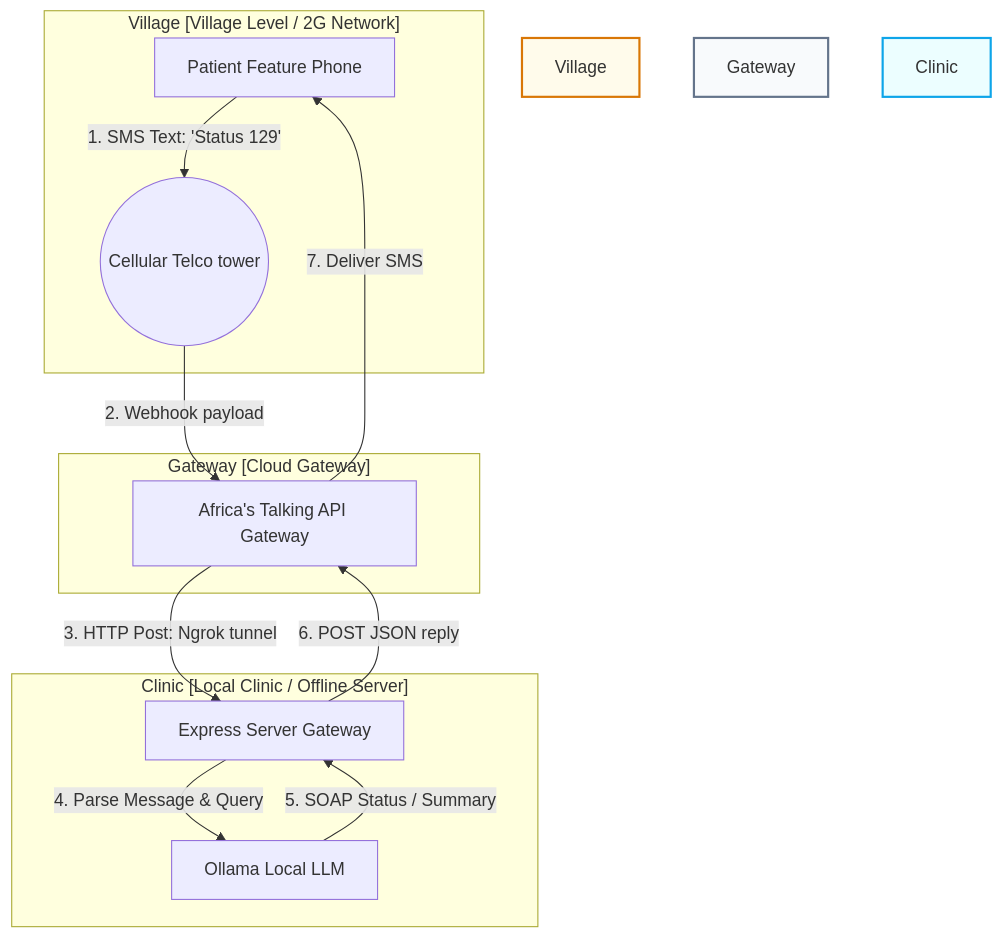
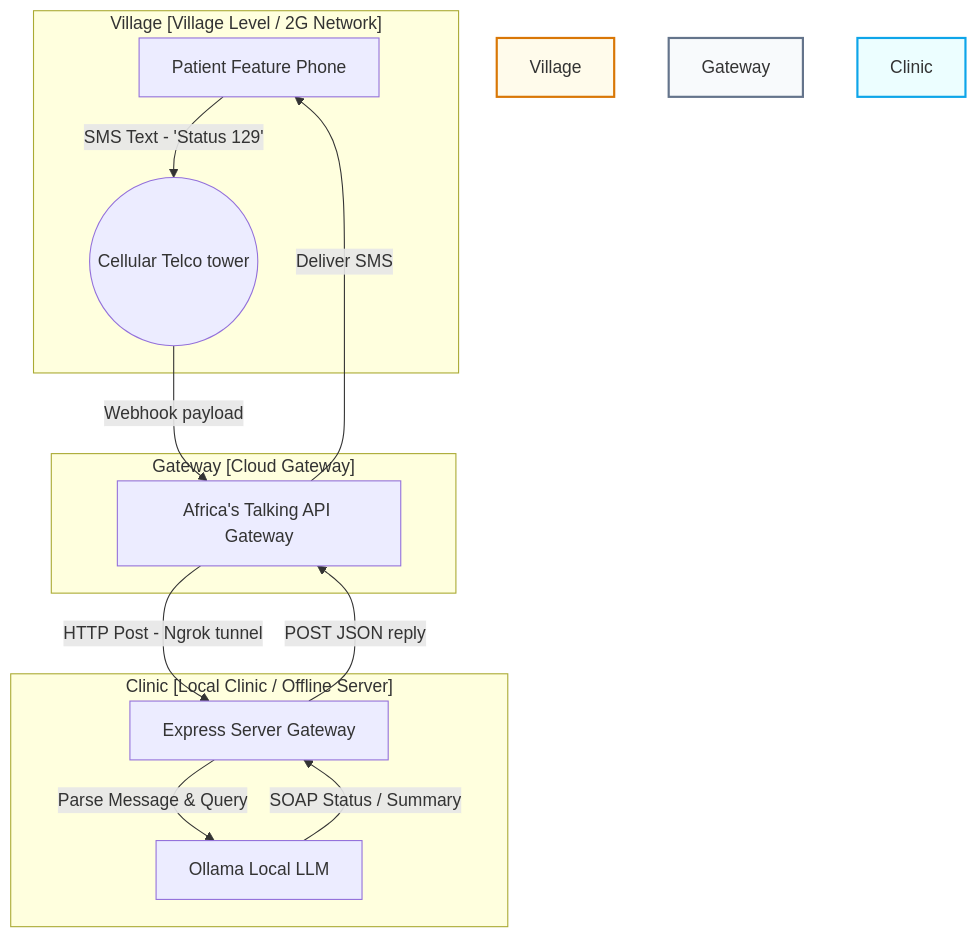
Before and after one commit to akmalkhaniub/akmalkhaniub.github.io: the diagram in blog/posts/2g-sms-fallback-bridge-africa-talking.md, drawn with Mermaid. The commit also changed 411 other files, not shown here.

````diff
--- a/blog/posts/2g-sms-fallback-bridge-africa-talking.md
+++ b/blog/posts/2g-sms-fallback-bridge-africa-talking.md
@@ -18,22 +18,22 @@
 ```mermaid
-graph TD
+flowchart TD
     subgraph SG1_VillageVillageLevel ["Village [Village Level / 2G Network]"]
-        Patient[Patient Feature Phone] -->|1. SMS Text: 'Status 129'| Telco((Cellular Telco tower))
+        Patient[Patient Feature Phone] -->|SMS Text - 'Status 129'| Telco((Cellular Telco tower))
     end
     
     subgraph SG2_GatewayCloudGateway ["Gateway [Cloud Gateway]"]
-        Telco -->|2. Webhook payload| AT[Africa's Talking API Gateway]
+        Telco -->|Webhook payload| AT[Africa's Talking API Gateway]
     end
     
     subgraph SG3_ClinicLocalClinic ["Clinic [Local Clinic / Offline Server]"]
-        AT -->|3. HTTP Post: Ngrok tunnel| Express[Express Server Gateway]
-        Express -->|4. Parse Message & Query| LLM[Ollama Local LLM]
-        LLM -->|5. SOAP Status / Summary| Express
-        Express -->|6. POST JSON reply| AT
-        AT -->|7. Deliver SMS| Patient
+        AT -->|HTTP Post - Ngrok tunnel| Express[Express Server Gateway]
+        Express -->|Parse Message & Query| LLM[Ollama Local LLM]
+        LLM -->|SOAP Status / Summary| Express
+        Express -->|POST JSON reply| AT
+        AT -->|Deliver SMS| Patient
     end
 
     style Village fill:#fffbeb,stroke:#d97706,stroke-width:2px
     style Gateway fill:#f8fafc,stroke:#64748b,stroke-width:2px
     style Clinic fill:#ecfeff,stroke:#0ea5e9,stroke-width:2px
 ```
````
